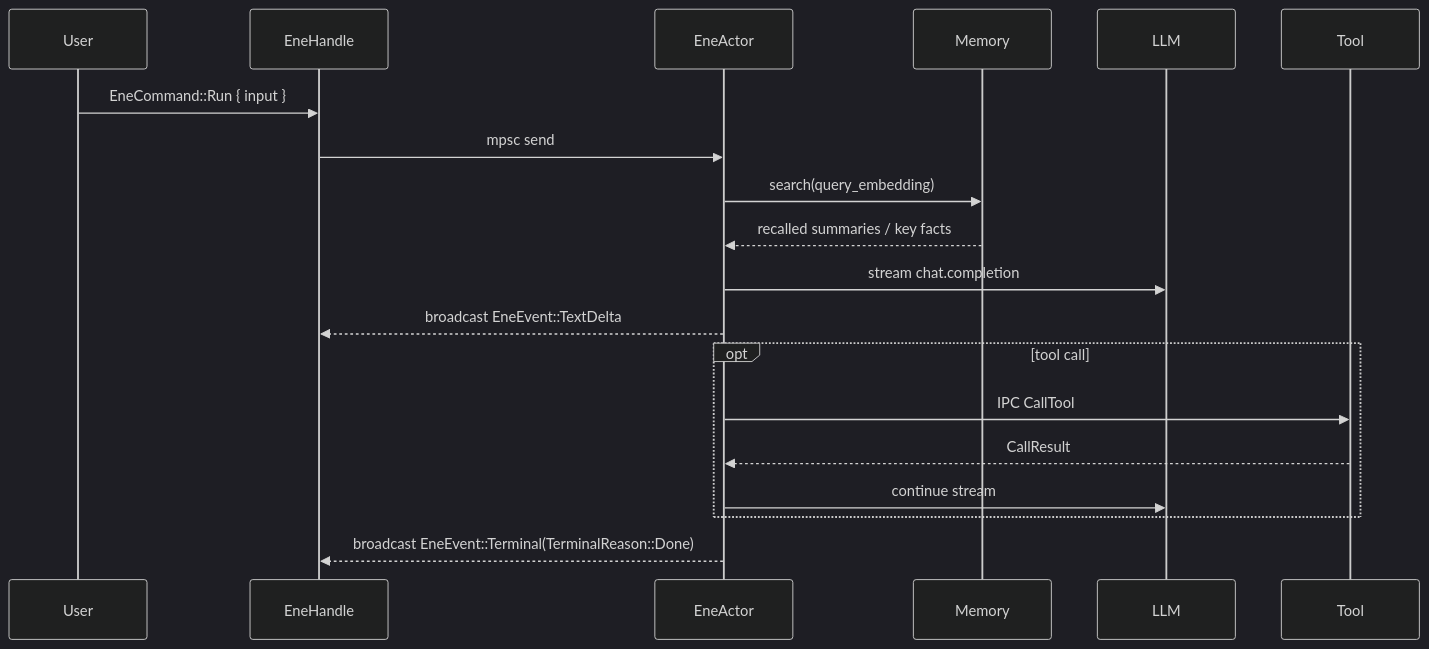
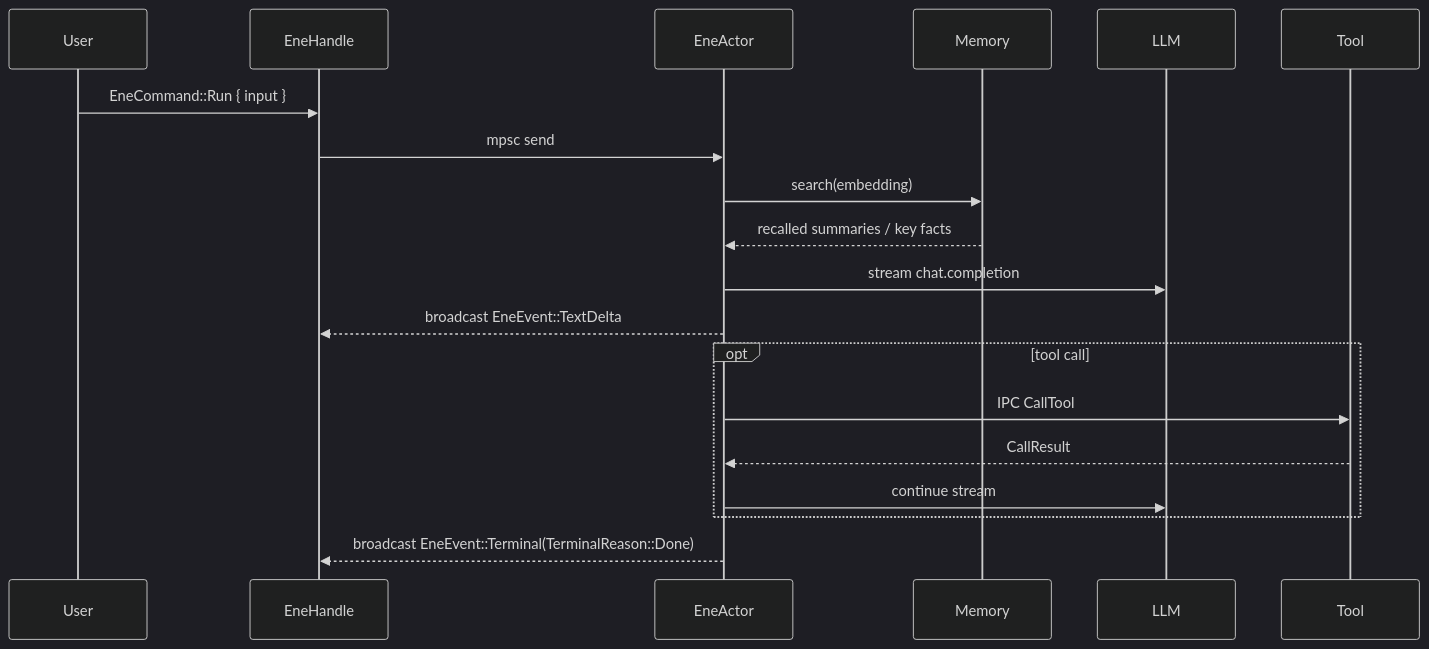
Before and after one commit to pexisgle/ene: the second of 2 diagrams in docs/api/ene-runtime.md, drawn with Mermaid (dark theme). The commit also changed other lines of this file and 51 other files, not shown here.

````diff
--- a/docs/api/ene-runtime.md
+++ b/docs/api/ene-runtime.md
@@ -32,22 +32,22 @@
 ```mermaid
 sequenceDiagram
     participant U as User
     participant H as EneHandle
     participant A as EneActor
     participant M as Memory
     participant L as LLM
     participant T as Tool
 
     U->>H: EneCommand::Run { input }
     H->>A: mpsc send
-    A->>M: search(query_embedding)
+    A->>M: search(embedding)
     M-->>A: recalled summaries / key facts
     A->>L: stream chat.completion
     A-->>H: broadcast EneEvent::TextDelta
     opt tool call
         A->>T: IPC CallTool
         T-->>A: CallResult
         A->>L: continue stream
     end
     A-->>H: broadcast EneEvent::Terminal(TerminalReason::Done)
 ```
````
